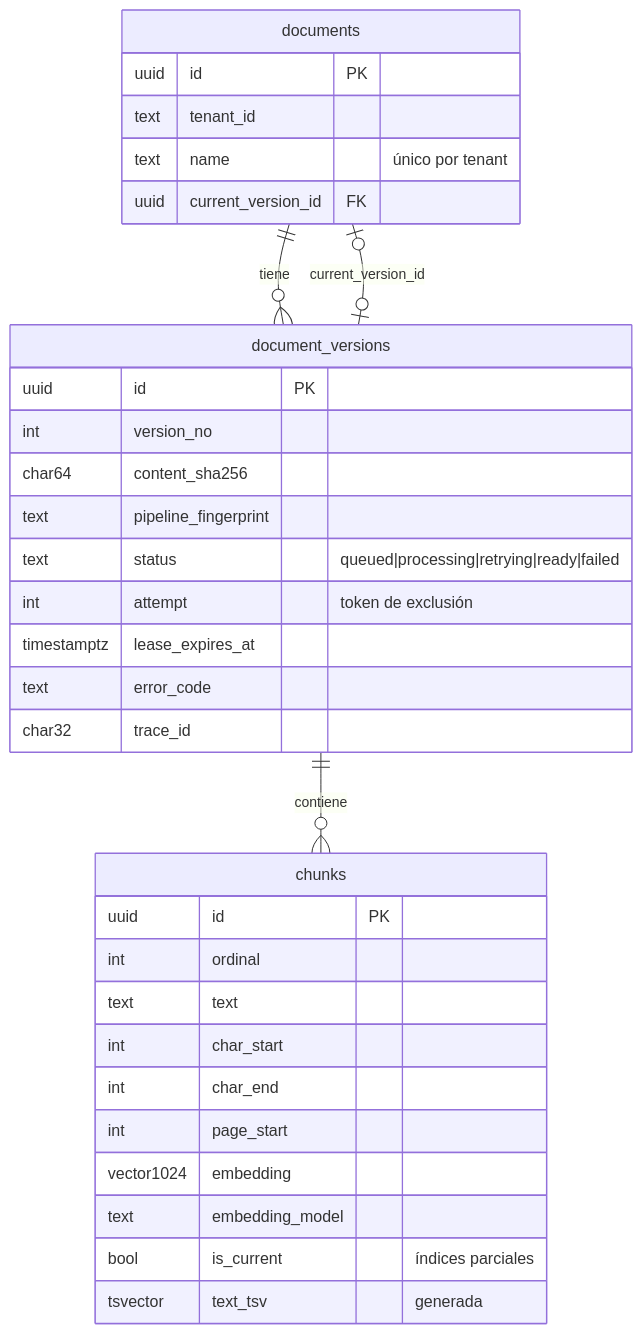
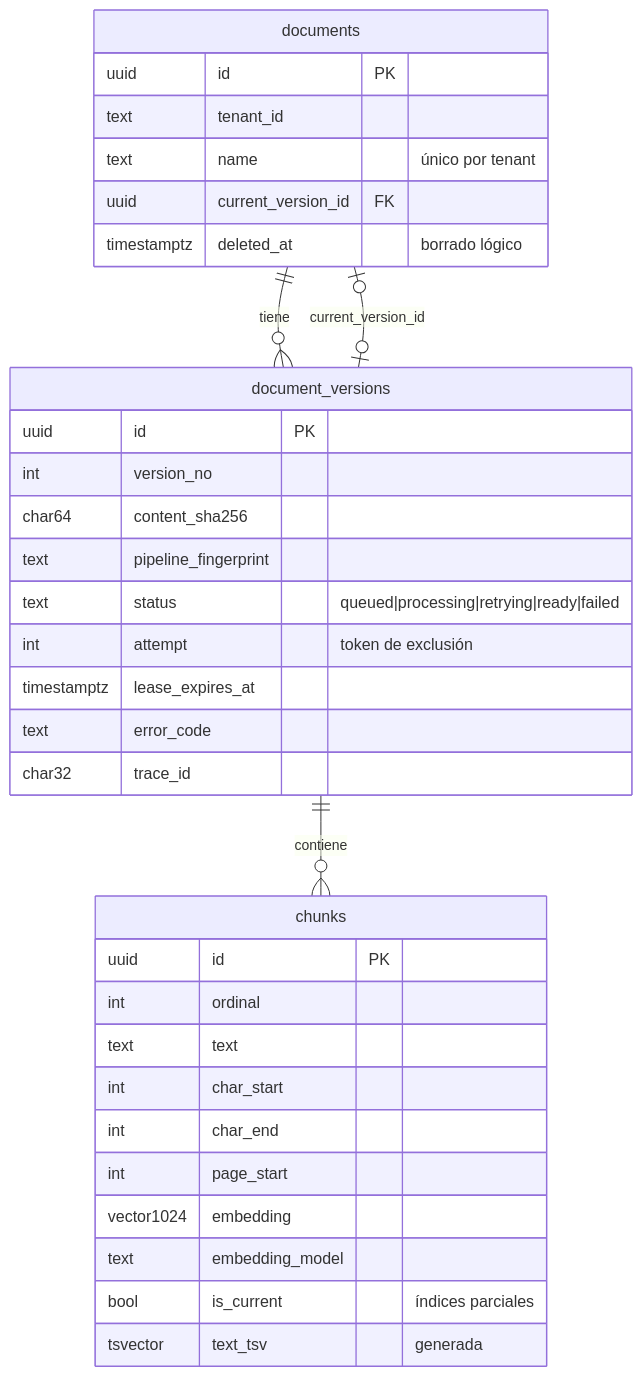
The third of 6 diagrams in docs/architecture.md (alayoalex/NorteLegalRAG), drawn with Mermaid before and after one commit. The commit also changed other lines of this file and 15 other files, not shown here.

First line of the commit message:
Borrado lógico de documentos y aclaración del endpoint de métricas

````diff
--- a/docs/architecture.md
+++ b/docs/architecture.md
@@ -59,35 +59,36 @@
 ```mermaid
 erDiagram
     documents ||--o{ document_versions : tiene
     documents |o--o| document_versions : "current_version_id"
     document_versions ||--o{ chunks : contiene
     documents {
         uuid id PK
         text tenant_id
         text name "único por tenant"
         uuid current_version_id FK
+        timestamptz deleted_at "borrado lógico"
     }
     document_versions {
         uuid id PK
         int version_no
         char64 content_sha256
         text pipeline_fingerprint
         text status "queued|processing|retrying|ready|failed"
         int attempt "token de exclusión"
         timestamptz lease_expires_at
         text error_code
         char32 trace_id
     }
     chunks {
         uuid id PK
         int ordinal
         text text
         int char_start
         int char_end
         int page_start
         vector1024 embedding
         text embedding_model
         bool is_current "índices parciales"
         tsvector text_tsv "generada"
     }
 ```
````
